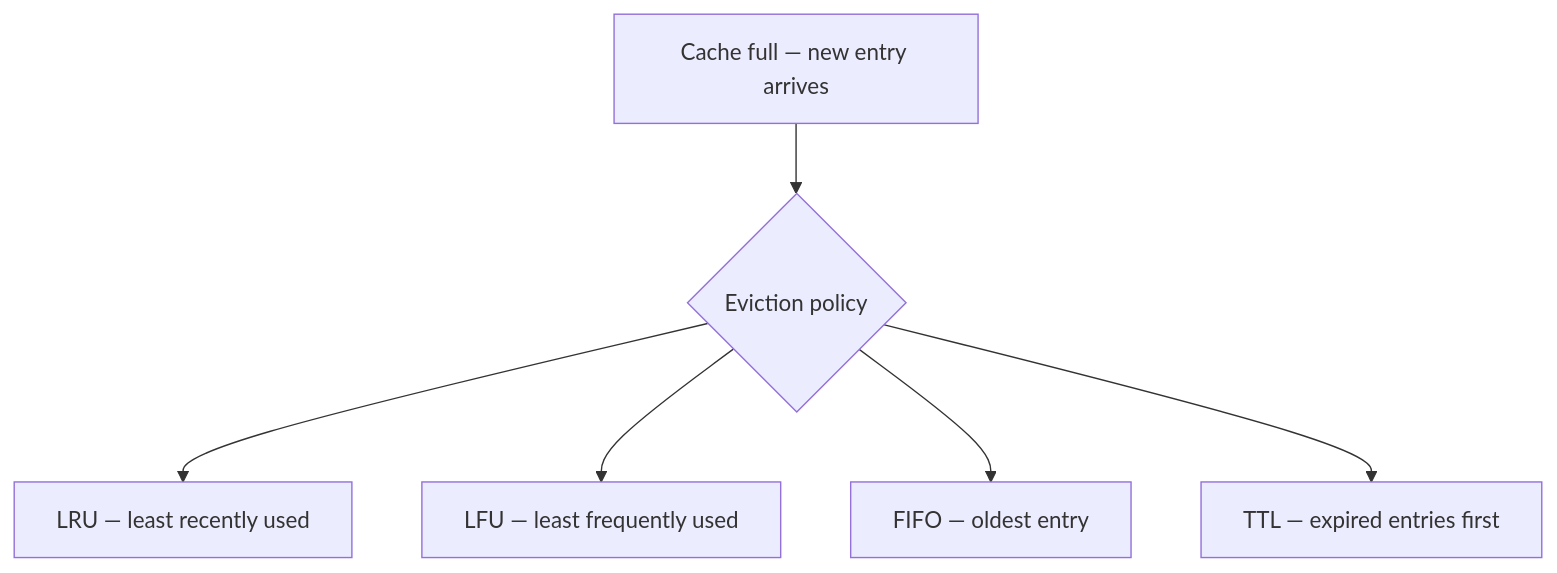
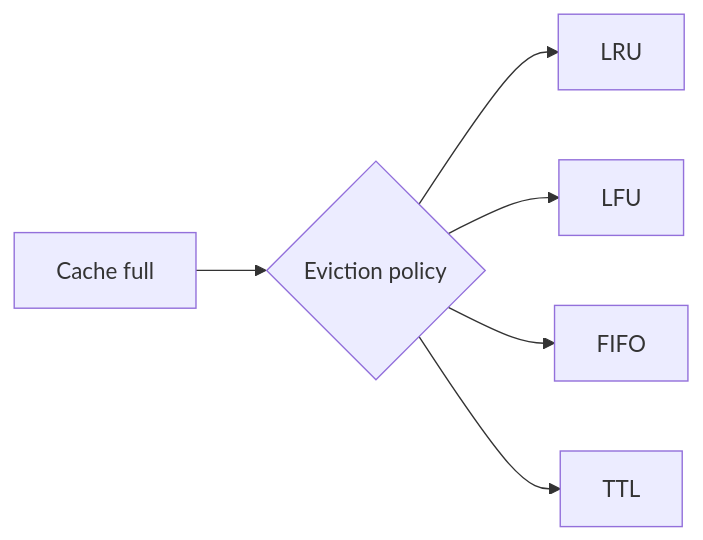
One commit to hareramcse/SystemDesign changed the fourth of 21 diagrams in 03-caching/README.md. Above: the diagram before and after it, drawn with Mermaid. The commit also changed other lines of this file, not shown here.

````diff
--- a/03-caching/README.md
+++ b/03-caching/README.md
@@ -166,8 +157,8 @@
 ```mermaid
-flowchart TB
-    Full[Cache full — new entry arrives] --> Policy{Eviction policy}
-    Policy --> LRU[LRU — least recently used]
-    Policy --> LFU[LFU — least frequently used]
-    Policy --> FIFO[FIFO — oldest entry]
-    Policy --> TTL[TTL — expired entries first]
+flowchart LR
+    Full[Cache full] --> Policy{Eviction policy}
+    Policy --> LRU[LRU]
+    Policy --> LFU[LFU]
+    Policy --> FIFO[FIFO]
+    Policy --> TTL[TTL]
 ```
````
